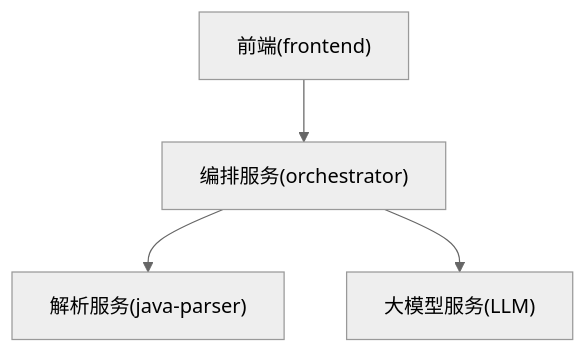
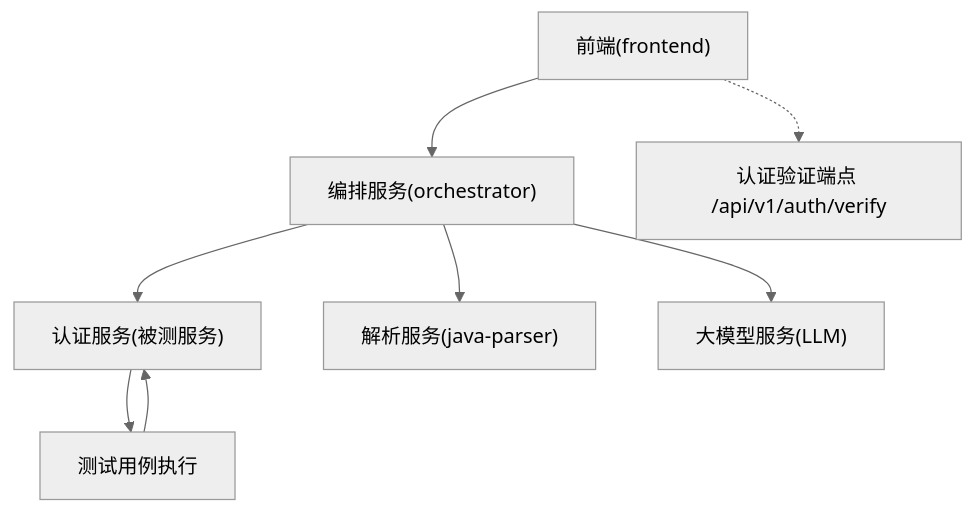
Before and after one commit to Joeyzheng001/LLM-AutoTest: the first of 10 diagrams in .qoder/repowiki/zh/content/API参考文档/认证授权.md, drawn with Mermaid (neutral theme). The commit also changed other lines of this file and 94 other files, not shown here.

````diff
--- a/.qoder/repowiki/zh/content/API参考文档/认证授权.md
+++ b/.qoder/repowiki/zh/content/API参考文档/认证授权.md
@@ -51,6 +62,10 @@
 ```mermaid
 graph TB
 FE["前端(frontend)"] --> ORCH["编排服务(orchestrator)"]
+ORCH --> AUTH["认证服务(被测服务)"]
 ORCH --> JP["解析服务(java-parser)"]
 ORCH --> LLM["大模型服务(LLM)"]
+AUTH --> TESTS["测试用例执行"]
+TESTS --> AUTH
+FE -.-> VERIFY["认证验证端点 /api/v1/auth/verify"]
 ```
````
